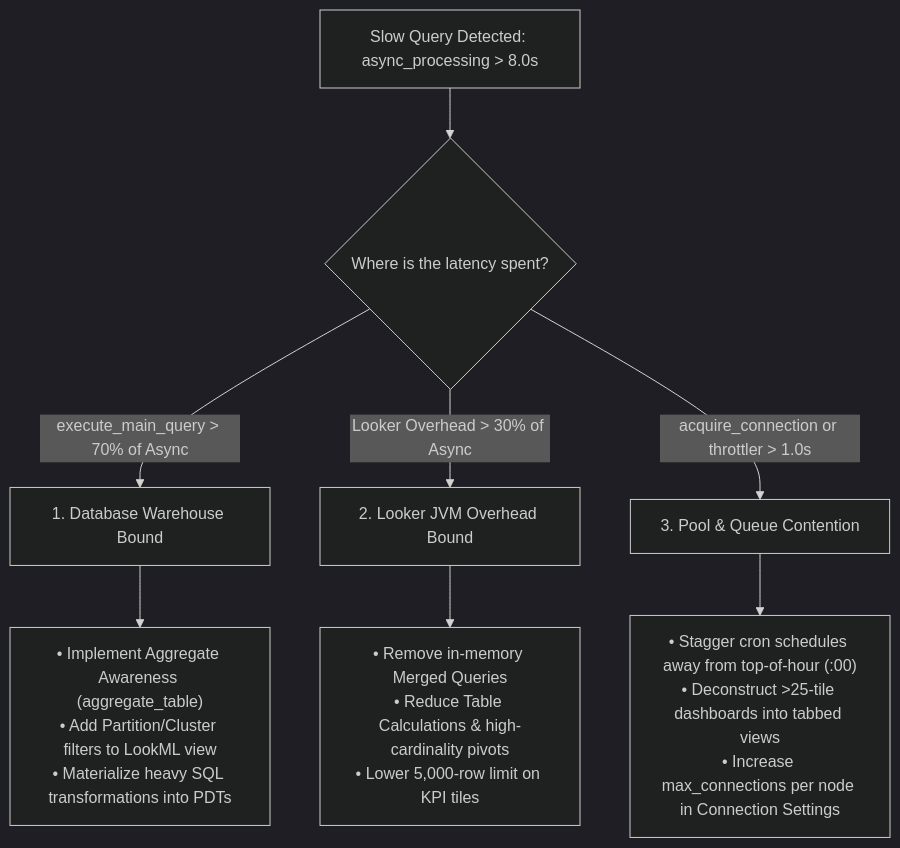
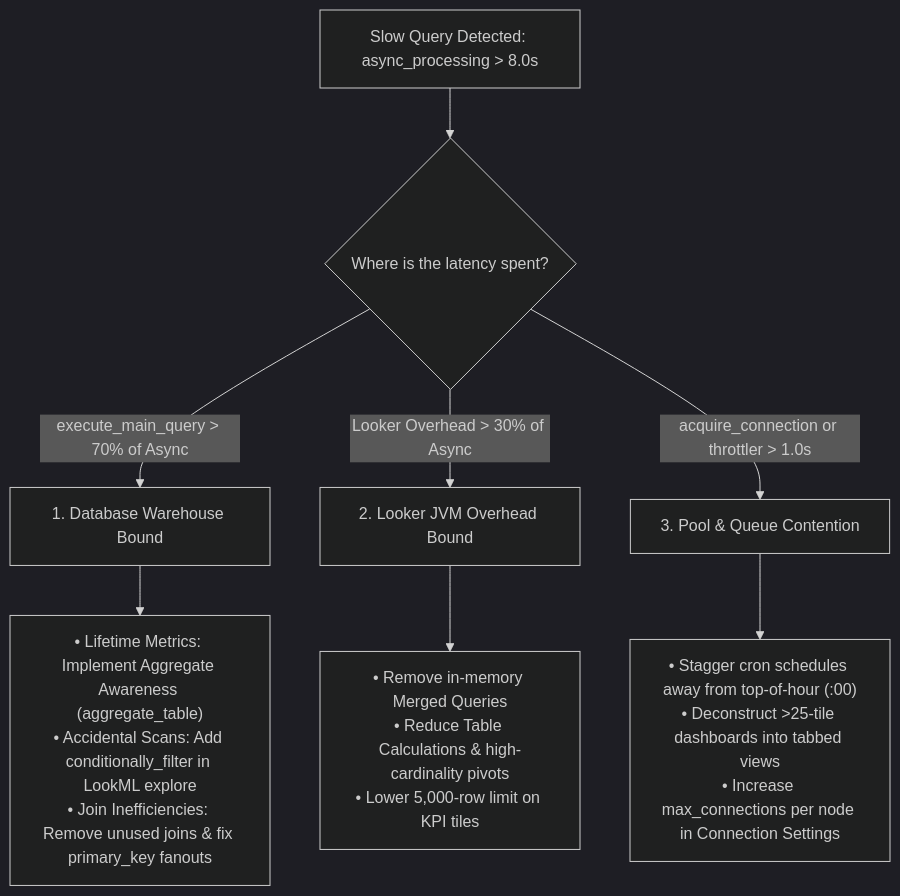
One commit to sam-pitcher/looker-healthcheck-skills changed the diagram in skills/custom/healthcheck/playbooks/playbook_looker_performance.md. Above: the diagram before and after it, drawn with Mermaid (dark theme). The commit also changed other lines of this file and 29 other files, not shown here.

First line of the commit message:
feat: implement manifest-driven skills, 5-vector query forensics, and read-only LookML recommendations

````diff
--- a/skills/custom/healthcheck/playbooks/playbook_looker_performance.md
+++ b/skills/custom/healthcheck/playbooks/playbook_looker_performance.md
@@ -188,12 +224,12 @@
 ```mermaid
 graph TD
     Query[Slow Query Detected: async_processing > 8.0s] --> Triage{Where is the latency spent?}
     
     Triage -->|execute_main_query > 70% of Async| DB[1. Database Warehouse Bound]
     Triage -->|Looker Overhead > 30% of Async| Overhead[2. Looker JVM Overhead Bound]
     Triage -->|acquire_connection or throttler > 1.0s| Concurrency[3. Pool & Queue Contention]
 
-    DB --> DBFix["• Implement Aggregate Awareness (aggregate_table)<br>• Add Partition/Cluster filters to LookML view<br>• Materialize heavy SQL transformations into PDTs"]
+    DB --> DBFix["• Lifetime Metrics: Implement Aggregate Awareness (aggregate_table)<br>• Accidental Scans: Add conditionally_filter in LookML explore<br>• Join Inefficiencies: Remove unused joins & fix primary_key fanouts"]
     Overhead --> OverheadFix["• Remove in-memory Merged Queries<br>• Reduce Table Calculations & high-cardinality pivots<br>• Lower 5,000-row limit on KPI tiles"]
     Concurrency --> ConnFix["• Stagger cron schedules away from top-of-hour (:00)<br>• Deconstruct >25-tile dashboards into tabbed views<br>• Increase max_connections per node in Connection Settings"]
 ```
````
